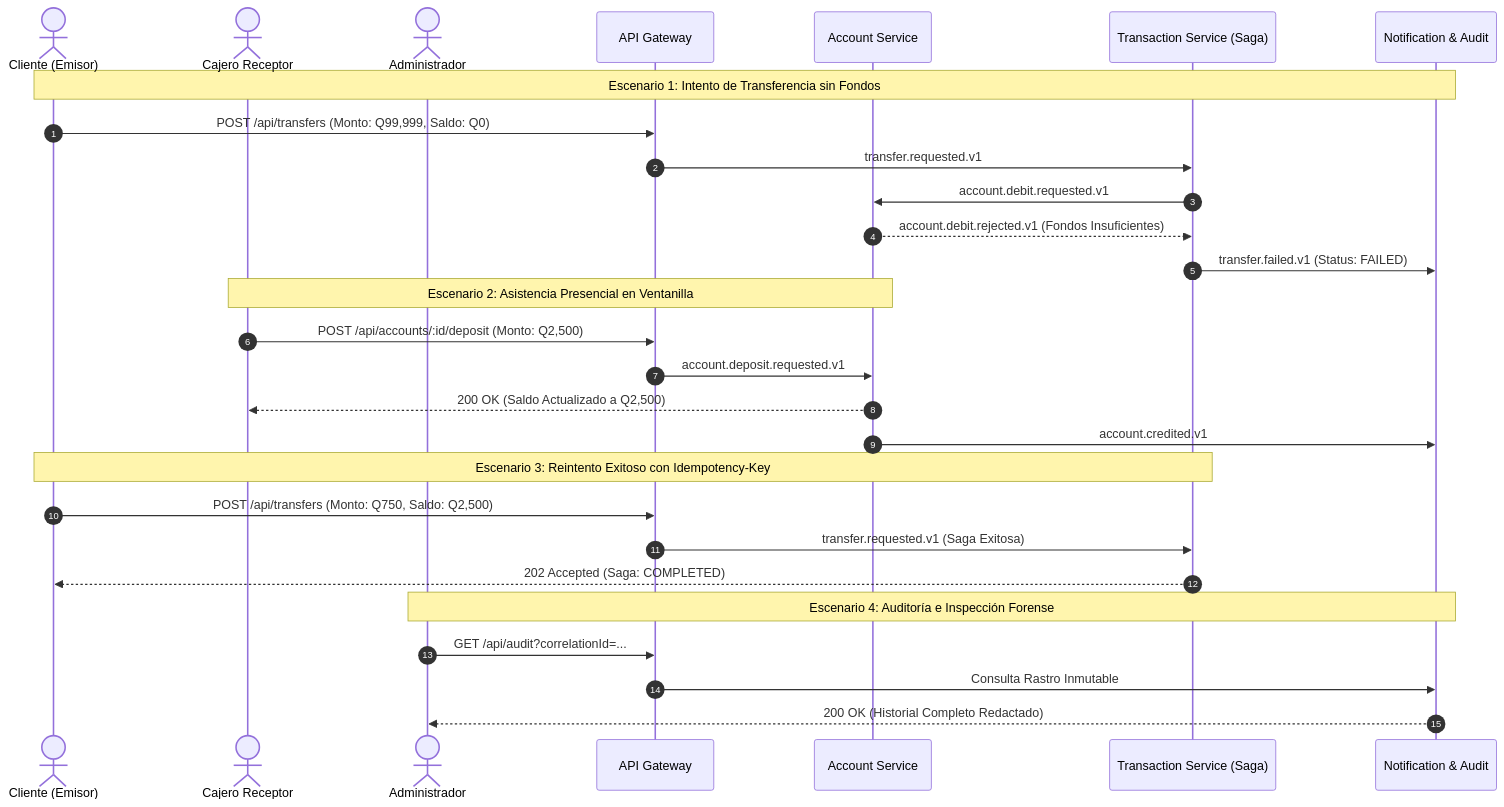
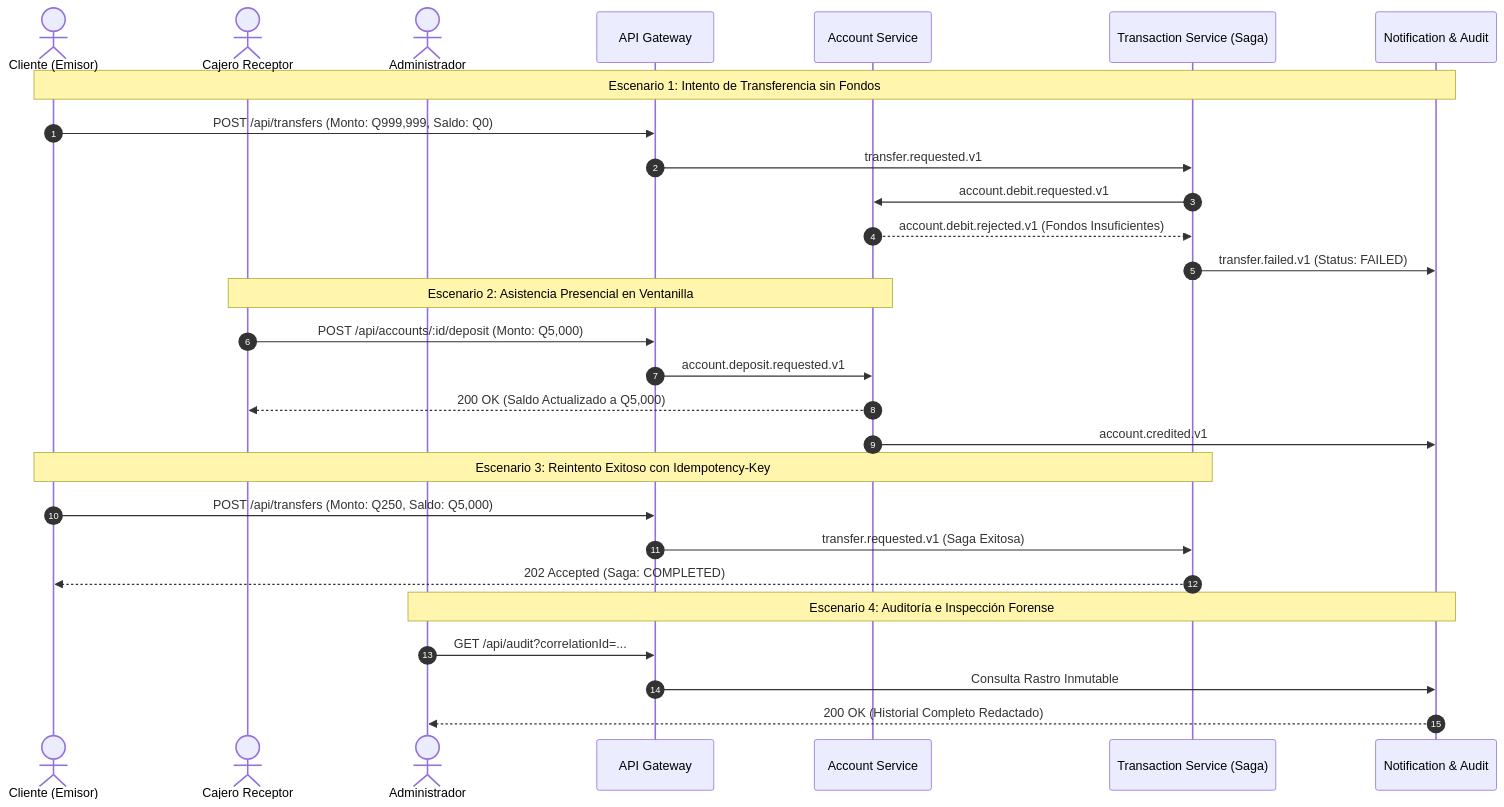
Before and after one commit to marcosbondel/Proyecto-SA-B-2: the second of 2 diagrams in docs/happypath.md, drawn with Mermaid. The commit also changed other lines of this file and 63 other files, not shown here.

````diff
--- a/docs/happypath.md
+++ b/docs/happypath.md
@@ -260,34 +334,34 @@
 ```mermaid
 sequenceDiagram
     autonumber
     actor Cliente as Cliente (Emisor)
     actor Cajero as Cajero Receptor
     actor Admin as Administrador
     participant Gateway as API Gateway
     participant Account as Account Service
     participant Tx as Transaction Service (Saga)
     participant Audit as Notification & Audit
 
     Note over Cliente,Audit: Escenario 1: Intento de Transferencia sin Fondos
-    Cliente->>Gateway: POST /api/transfers (Monto: Q99,999, Saldo: Q0)
+    Cliente->>Gateway: POST /api/transfers (Monto: Q999,999, Saldo: Q0)
     Gateway->>Tx: transfer.requested.v1
     Tx->>Account: account.debit.requested.v1
     Account-->>Tx: account.debit.rejected.v1 (Fondos Insuficientes)
     Tx->>Audit: transfer.failed.v1 (Status: FAILED)
     
     Note over Cajero,Account: Escenario 2: Asistencia Presencial en Ventanilla
-    Cajero->>Gateway: POST /api/accounts/:id/deposit (Monto: Q2,500)
+    Cajero->>Gateway: POST /api/accounts/:id/deposit (Monto: Q5,000)
     Gateway->>Account: account.deposit.requested.v1
-    Account-->>Cajero: 200 OK (Saldo Actualizado a Q2,500)
+    Account-->>Cajero: 200 OK (Saldo Actualizado a Q5,000)
     Account->>Audit: account.credited.v1
 
     Note over Cliente,Tx: Escenario 3: Reintento Exitoso con Idempotency-Key
-    Cliente->>Gateway: POST /api/transfers (Monto: Q750, Saldo: Q2,500)
+    Cliente->>Gateway: POST /api/transfers (Monto: Q250, Saldo: Q5,000)
     Gateway->>Tx: transfer.requested.v1 (Saga Exitosa)
     Tx-->>Cliente: 202 Accepted (Saga: COMPLETED)
     
     Note over Admin,Audit: Escenario 4: Auditoría e Inspección Forense
     Admin->>Gateway: GET /api/audit?correlationId=...
     Gateway->>Audit: Consulta Rastro Inmutable
     Audit-->>Admin: 200 OK (Historial Completo Redactado)
 ```
````
